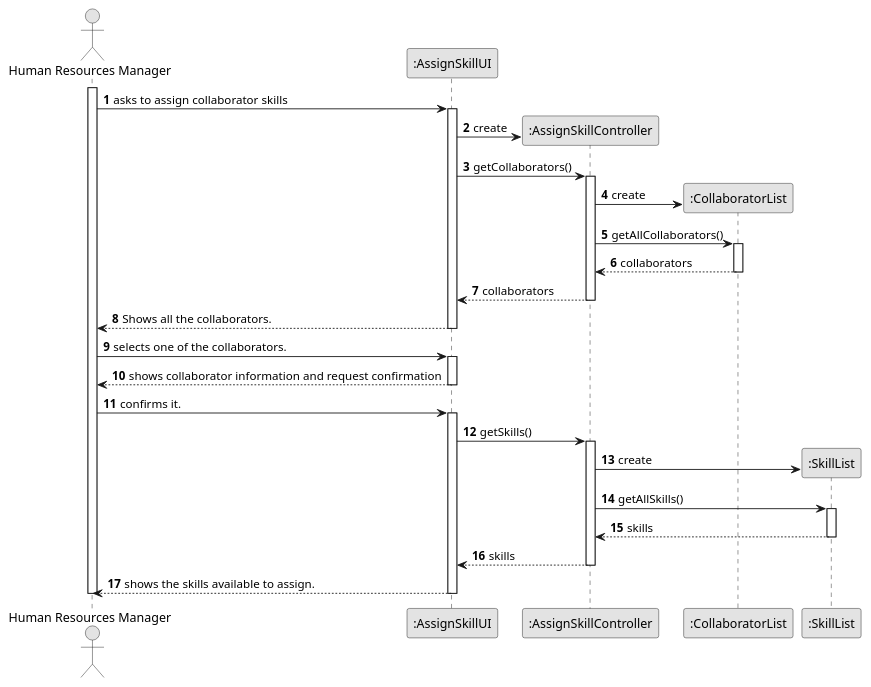
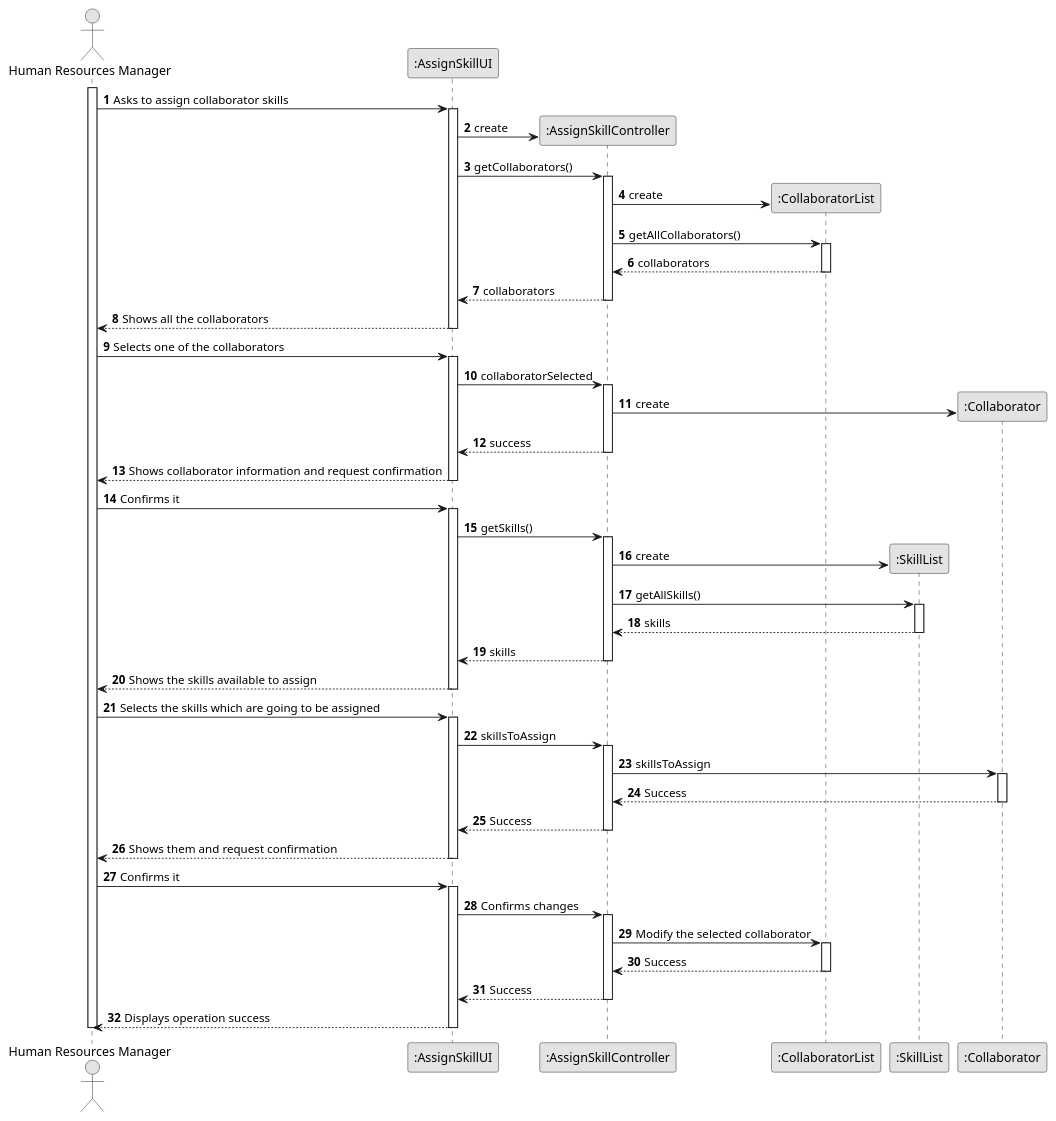
The diagram in docs/sprint2/us004/03.design/puml/us004-sequence-diagram-full.puml (1231360-ISEP/lei-24-s2-1db-g021), drawn with PlantUML before and after one commit.

Commit message:
US004 - Finishing the sequence diagram.

```diff
--- a/docs/sprint2/us004/03.design/puml/us004-sequence-diagram-full.puml
+++ b/docs/sprint2/us004/03.design/puml/us004-sequence-diagram-full.puml
@@ -1,64 +1,110 @@
 @startuml
 skinparam monochrome true
 skinparam packageStyle rectangle
 skinparam shadowing false
 
 autonumber
 
 'hide footbox
 actor "Human Resources Manager" as ADM
 participant ":AssignSkillUI" as UI
 participant ":AssignSkillController" as CTRL
 participant ":CollaboratorList" as CollaboratorList
 participant ":SkillList" as SkillList
+participant ":Collaborator" as Collaborator
 
 activate ADM
 
-        ADM -> UI : asks to assign collaborator skills
+        ADM -> UI : Asks to assign collaborator skills
 
         activate UI
             UI -> CTRL** : create
             UI -> CTRL : getCollaborators()
 
             activate CTRL
 
                 CTRL -> CollaboratorList** : create
                 CTRL -> CollaboratorList : getAllCollaborators()
 
                 activate CollaboratorList
                     CollaboratorList --> CTRL: collaborators
                 deactivate CollaboratorList
 
                 CTRL --> UI : collaborators
             deactivate CTRL
 
-            UI --> ADM : Shows all the collaborators.
+            UI --> ADM : Shows all the collaborators
         deactivate UI
 
-        ADM -> UI : selects one of the collaborators.
+        ADM -> UI : Selects one of the collaborators
 
         activate UI
-            UI --> ADM : shows collaborator information and request confirmation
+
+            UI -> CTRL : collaboratorSelected
+
+            activate CTRL
+                CTRL -> Collaborator** : create
+                CTRL --> UI : success
+            deactivate CTRL
+
+            UI --> ADM : Shows collaborator information and request confirmation
         deactivate UI
 
-        ADM -> UI : confirms it.
+        ADM -> UI : Confirms it
 
         activate UI
             UI -> CTRL : getSkills()
 
             activate CTRL
                 CTRL -> SkillList** : create
                 CTRL -> SkillList : getAllSkills()
 
                 activate SkillList
                     SkillList --> CTRL : skills
                 deactivate SkillList
 
                 CTRL --> UI : skills
             deactivate CTRL
 
-            UI --> ADM : shows the skills available to assign.
+            UI --> ADM : Shows the skills available to assign
         deactivate UI
+
+        ADM -> UI : Selects the skills which are going to be assigned
+
+        activate UI
+            UI -> CTRL : skillsToAssign
+
+            activate CTRL
+                CTRL -> Collaborator : skillsToAssign
+
+                activate Collaborator
+                    Collaborator --> CTRL : Success
+                deactivate Collaborator
+
+                CTRL --> UI : Success
+            deactivate CTRL
+
+            UI --> ADM : Shows them and request confirmation
+        deactivate UI
+
+        ADM -> UI : Confirms it
+
+        activate UI
+            UI -> CTRL : Confirms changes
+            
+            activate CTRL
+                CTRL -> CollaboratorList : Modify the selected collaborator
+
+                activate CollaboratorList
+                    CollaboratorList --> CTRL : Success
+                deactivate CollaboratorList
+
+                CTRL --> UI : Success
+            deactivate CTRL
+
+            UI --> ADM : Displays operation success
+        deactivate UI
+
 deactivate ADM
 
 @enduml
```
